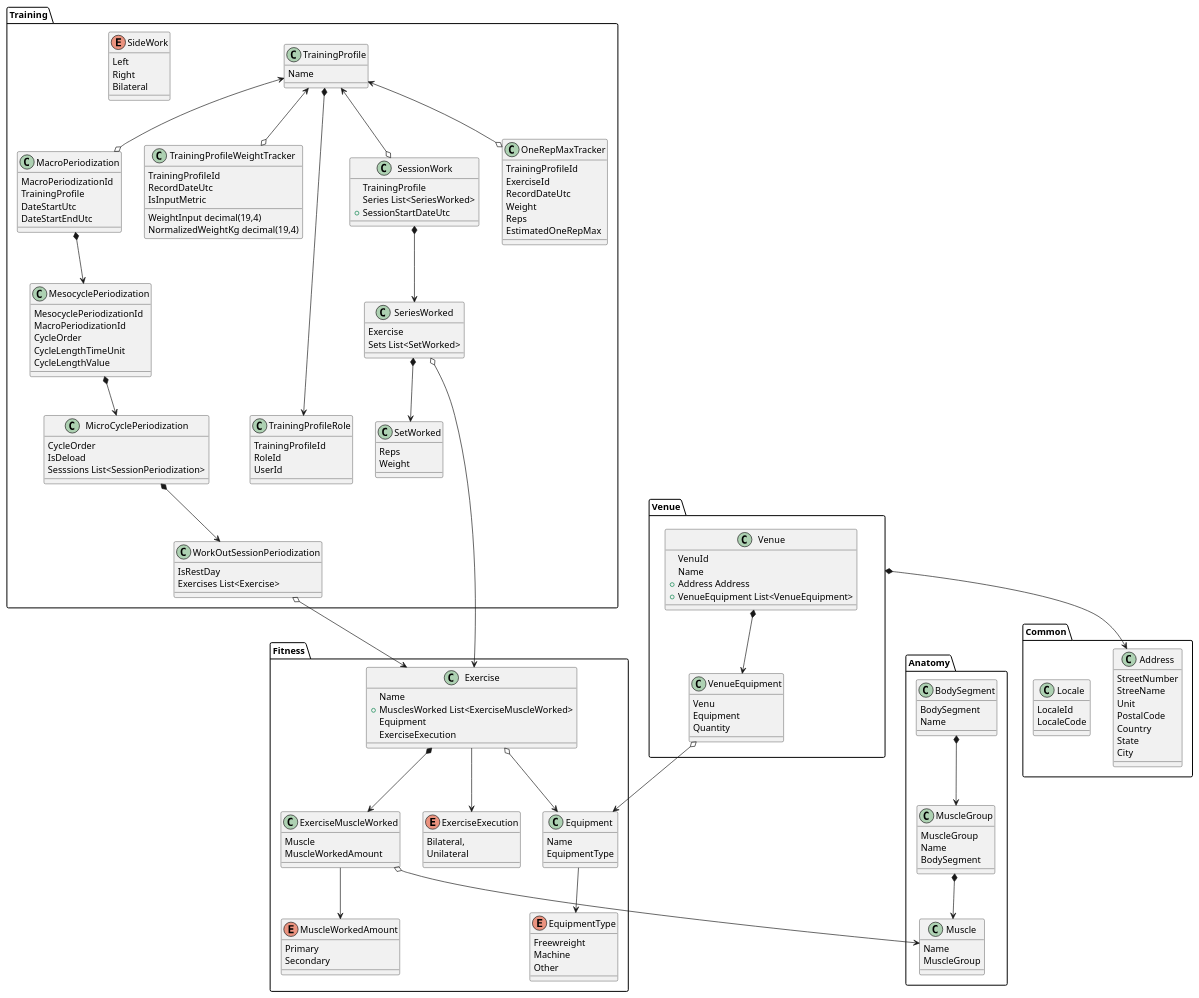
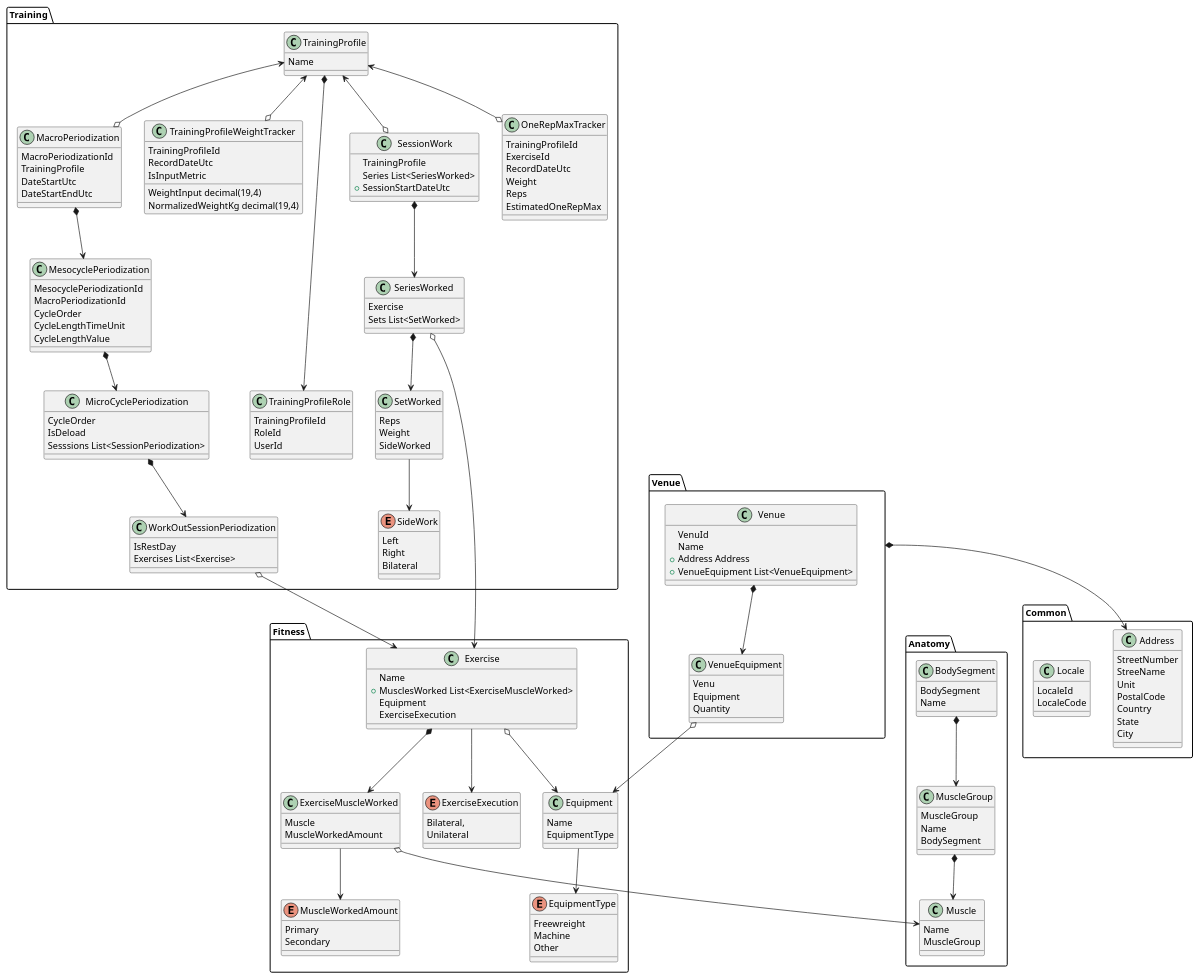
The diagram in Core.plantuml (MatthewVRobertson/fortitutor-docs), drawn with PlantUML before and after one commit.

Commit message:
Add side worked

```diff
--- a/Core.plantuml
+++ b/Core.plantuml
@@ -126,6 +126,7 @@
     class SetWorked {
         Reps
         Weight
+        SideWorked
     }
 
     class OneRepMaxTracker {
@@ -156,6 +157,7 @@
    
     SessionWork *--> SeriesWorked
     SeriesWorked *--> SetWorked
+    SetWorked --> SideWork
 }
 
 Training.SeriesWorked o--> Fitness.Exercise
```
